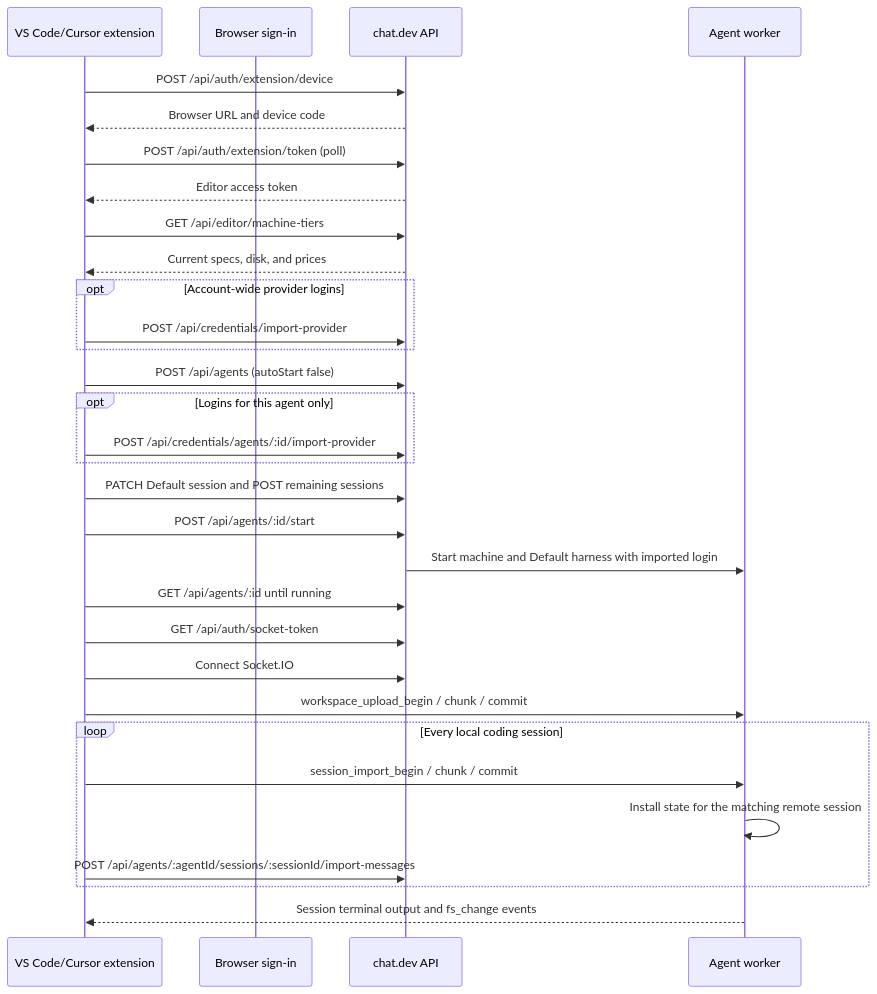
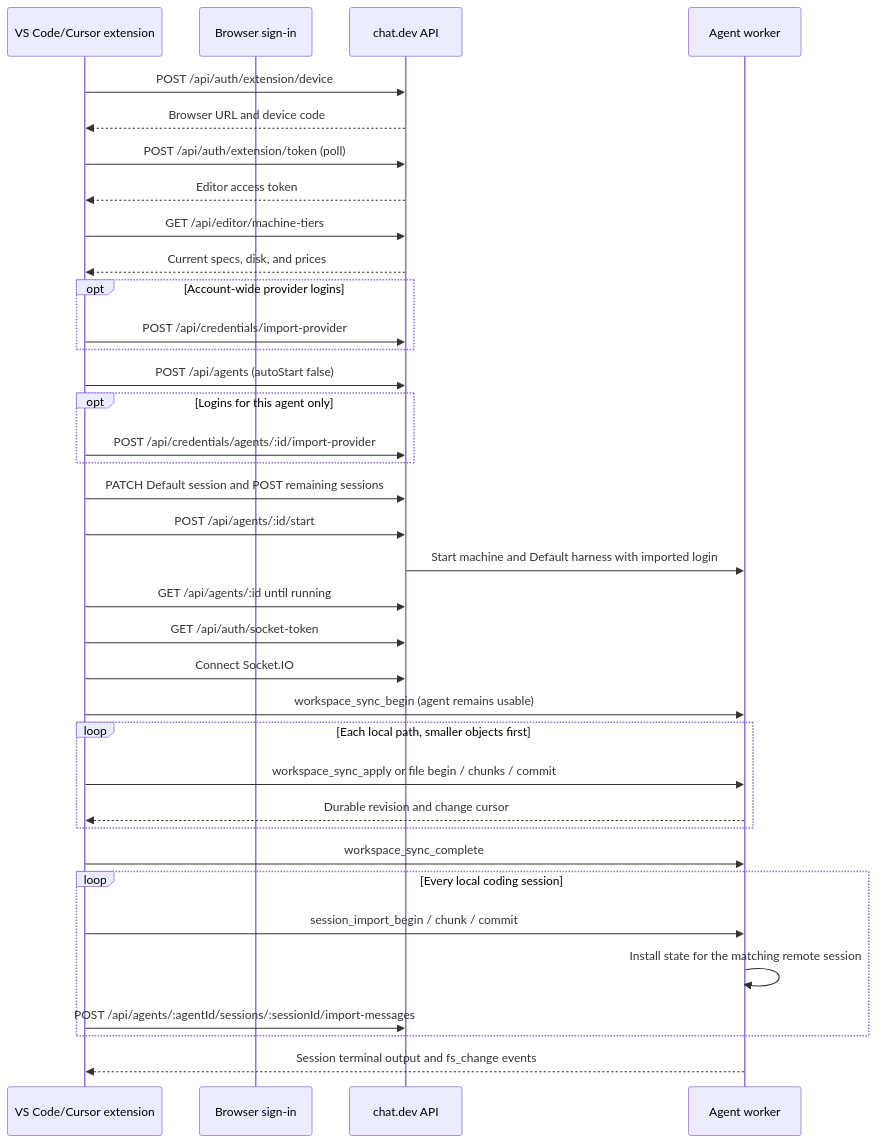
One commit to mmirman/chatdev-vscode changed the diagram in docs/CHATDEV_API_SPEC.md. Above: the diagram before and after it, drawn with Mermaid. The commit also changed other lines of this file and 12 other files, not shown here.

Commit message:
Make workspace mirroring durable and progressive

````diff
--- a/docs/CHATDEV_API_SPEC.md
+++ b/docs/CHATDEV_API_SPEC.md
@@ -30,39 +30,44 @@
 ```mermaid
 sequenceDiagram
     participant E as VS Code/Cursor extension
     participant B as Browser sign-in
     participant A as chat.dev API
     participant W as Agent worker
 
     E->>A: POST /api/auth/extension/device
     A-->>E: Browser URL and device code
     E->>A: POST /api/auth/extension/token (poll)
     A-->>E: Editor access token
 
     E->>A: GET /api/editor/machine-tiers
     A-->>E: Current specs, disk, and prices
 
     opt Account-wide provider logins
         E->>A: POST /api/credentials/import-provider
     end
 
     E->>A: POST /api/agents (autoStart false)
     opt Logins for this agent only
         E->>A: POST /api/credentials/agents/:id/import-provider
     end
     E->>A: PATCH Default session and POST remaining sessions
     E->>A: POST /api/agents/:id/start
     A->>W: Start machine and Default harness with imported login
     E->>A: GET /api/agents/:id until running
 
     E->>A: GET /api/auth/socket-token
     E->>A: Connect Socket.IO
 
-    E->>W: workspace_upload_begin / chunk / commit
+    E->>W: workspace_sync_begin (agent remains usable)
+    loop Each local path, smaller objects first
+        E->>W: workspace_sync_apply or file begin / chunks / commit
+        W-->>E: Durable revision and change cursor
+    end
+    E->>W: workspace_sync_complete
     loop Every local coding session
         E->>W: session_import_begin / chunk / commit
         W->>W: Install state for the matching remote session
         E->>A: POST /api/agents/:agentId/sessions/:sessionId/import-messages
     end
     W-->>E: Session terminal output and fs_change events
 ```
````
